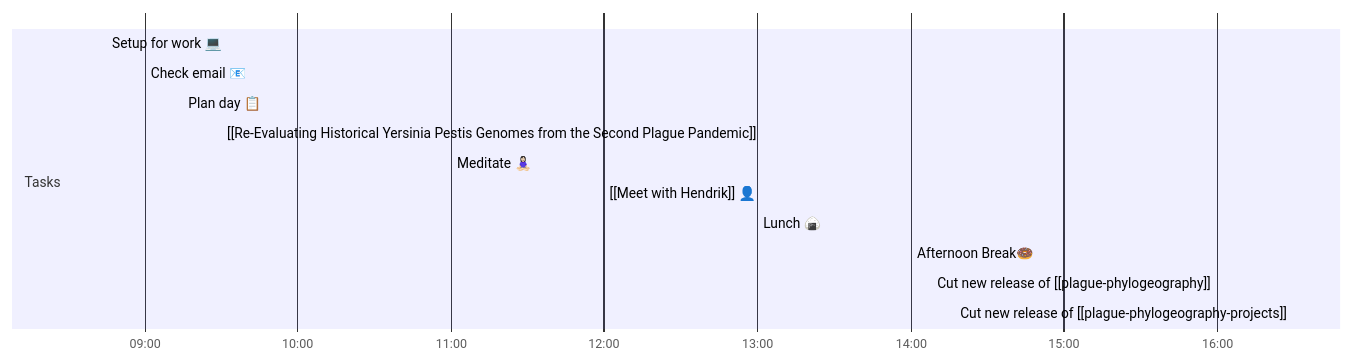
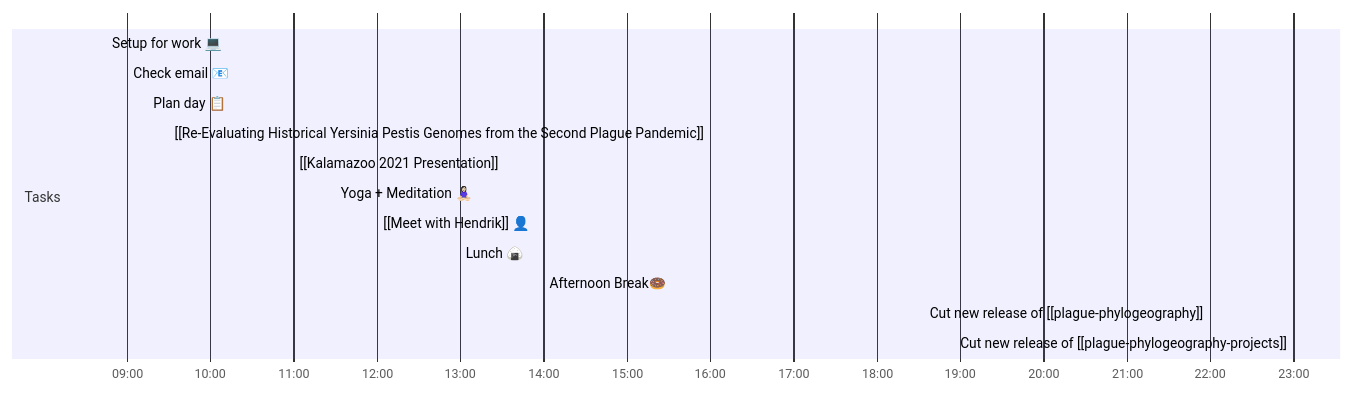
Before and after one commit to ktmeaton/obsidian-public: the diagram in academic/2021-05-14.md, drawn with Mermaid. The commit also changed other lines of this file and 7 other files, not shown here.

````diff
--- a/academic/2021-05-14.md
+++ b/academic/2021-05-14.md
@@ -14,19 +14,20 @@
 ```mermaid
 gantt
     dateFormat  HH-mm
     axisFormat %H:%M
-    %% Current Time: 10:44:14 AM
+    %% Current Time: 11:51:21 AM
     section Tasks
     Setup for work 💻     :08-45, 15mm
     Check email 📧     :09-00, 15mm
     Plan day 📋     :09-15, 15mm
     [[Re-Evaluating Historical Yersinia Pestis Genomes from the Second Plague Pandemic]]     :09-30, 90mm
-    Meditate 🧘🏻‍♀️     :11-00, 60mm
+    [[Kalamazoo 2021 Presentation]]     :11-00, 30mm
+    Yoga + Meditation 🧘🏻‍♀️     :11-30, 30mm
     [[Meet with Hendrik]] 👤     :12-00, 60mm
     Lunch 🍙     :13-00, 60mm
-    Afternoon Break🍩     :14-00, 120mm
-    Cut new release of [[plague-phylogeography]]     :16-00, 30mm
-    Cut new release of [[plague-phylogeography-projects]]     :16-30, 0mm
+    Afternoon Break🍩     :14-00, 480mm
+    Cut new release of [[plague-phylogeography]]     :22-00, 60mm
+    Cut new release of [[plague-phylogeography-projects]]     :23-00, 0mm
     section Breaks
 
 ```
````
